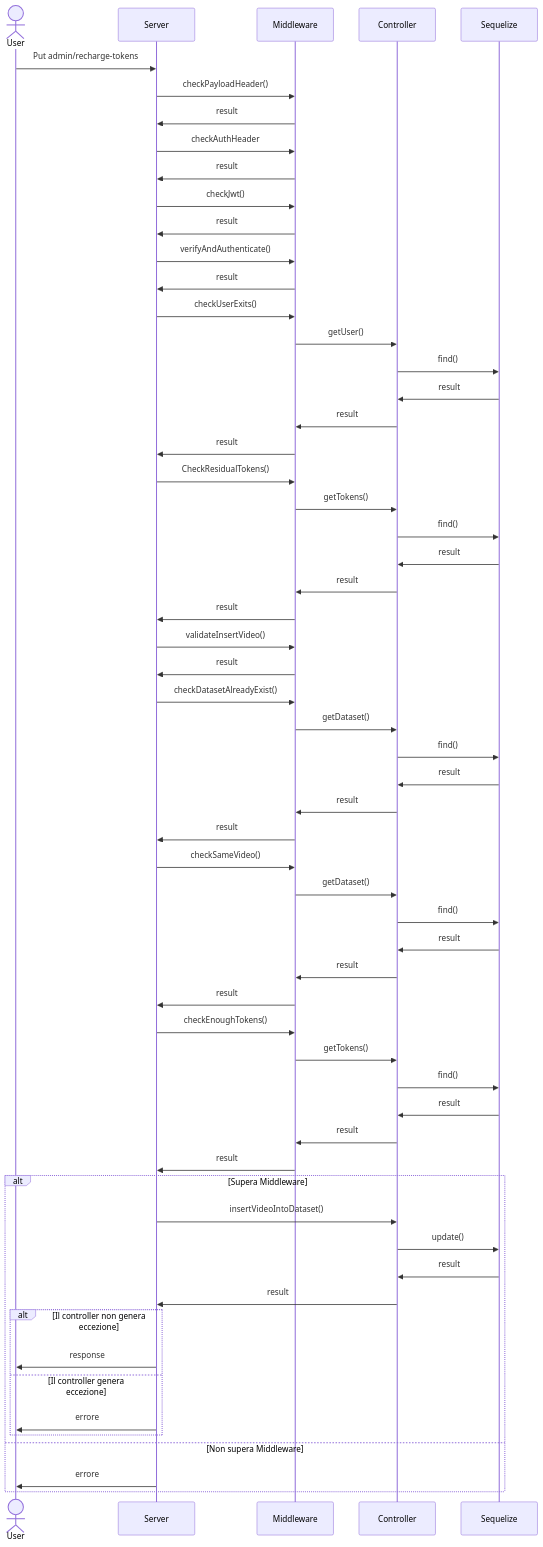
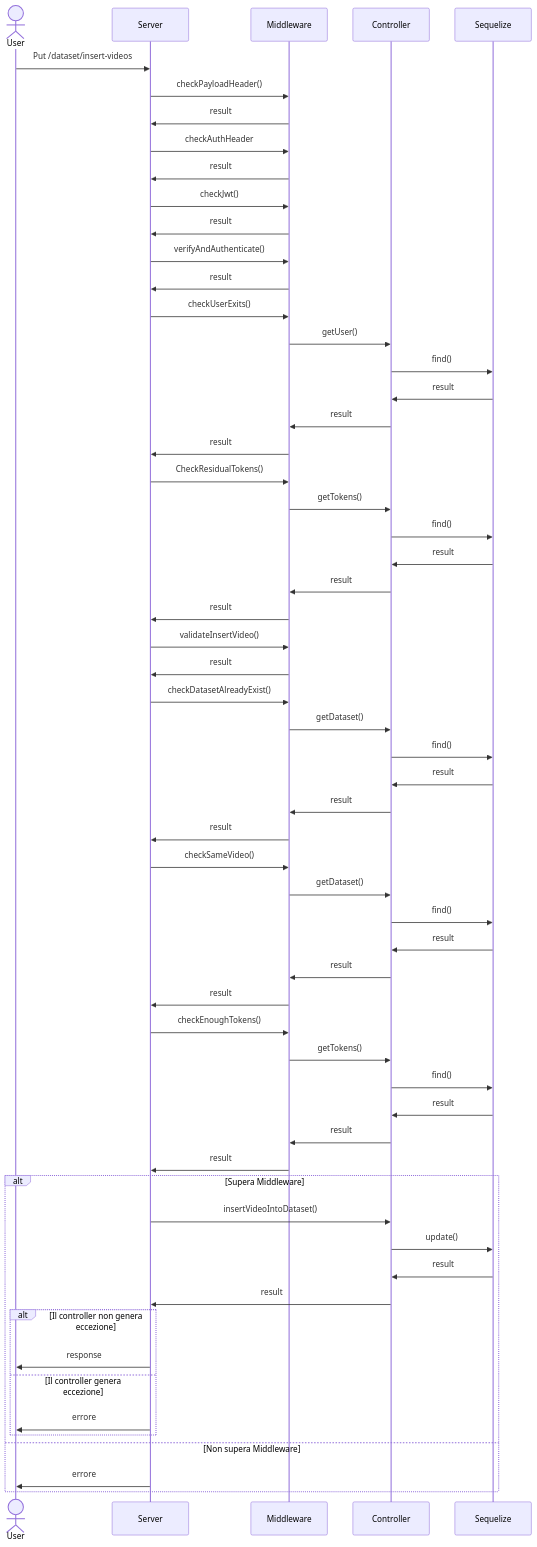
The tenth of 11 diagrams in README.md (AgneseBruglia/PA2024), drawn with Mermaid before and after one commit. The commit also changed other lines of this file, not shown here.

````diff
--- a/README.md
+++ b/README.md
@@ -571,71 +571,71 @@
 ```mermaid
 sequenceDiagram
      actor User
 
-    User->>Server: Put admin/recharge-tokens
+    User->>Server: Put /dataset/insert-videos
 
     Server->>Middleware: checkPayloadHeader()
     Middleware->>Server: result 
     
     Server->>Middleware: checkAuthHeader
     Middleware->>Server: result
 
     Server->>Middleware: checkJwt()
     Middleware->>Server: result
 
     Server->>Middleware: verifyAndAuthenticate()
     Middleware->>Server: result
 
     Server->>Middleware: checkUserExits()
     Middleware->>Controller: getUser()
     Controller->>Sequelize: find()
     Sequelize->>Controller: result
     Controller->>Middleware: result
     Middleware->>Server: result
 
     Server->>Middleware: CheckResidualTokens()
     Middleware->>Controller: getTokens()
     Controller->>Sequelize: find()
     Sequelize->>Controller: result
     Controller->>Middleware: result
     Middleware->>Server: result
 
     Server->>Middleware: validateInsertVideo()
     Middleware->>Server: result
 
     Server->>Middleware: checkDatasetAlreadyExist()
     Middleware->>Controller: getDataset()
     Controller->>Sequelize: find()
     Sequelize->>Controller: result
     Controller->>Middleware: result
     Middleware->>Server: result
 
     Server->>Middleware: checkSameVideo()
     Middleware->>Controller: getDataset()
     Controller->>Sequelize: find()
     Sequelize->>Controller: result
     Controller->>Middleware: result
     Middleware->>Server: result
 
     Server->>Middleware: checkEnoughTokens()
     Middleware->>Controller: getTokens()
     Controller->>Sequelize: find()
     Sequelize->>Controller: result
     Controller->>Middleware: result
     Middleware->>Server: result
     
 
     alt Supera Middleware
         Server->>Controller: insertVideoIntoDataset()
         Controller->>Sequelize: update()
         Sequelize->>Controller: result
         Controller->>Server:result
         alt Il controller non genera eccezione
              Server->>User: response
         else Il controller genera eccezione
              Server->>User: errore
         end 
     else  Non supera Middleware
         Server->>User: errore
     end
 ```
````
